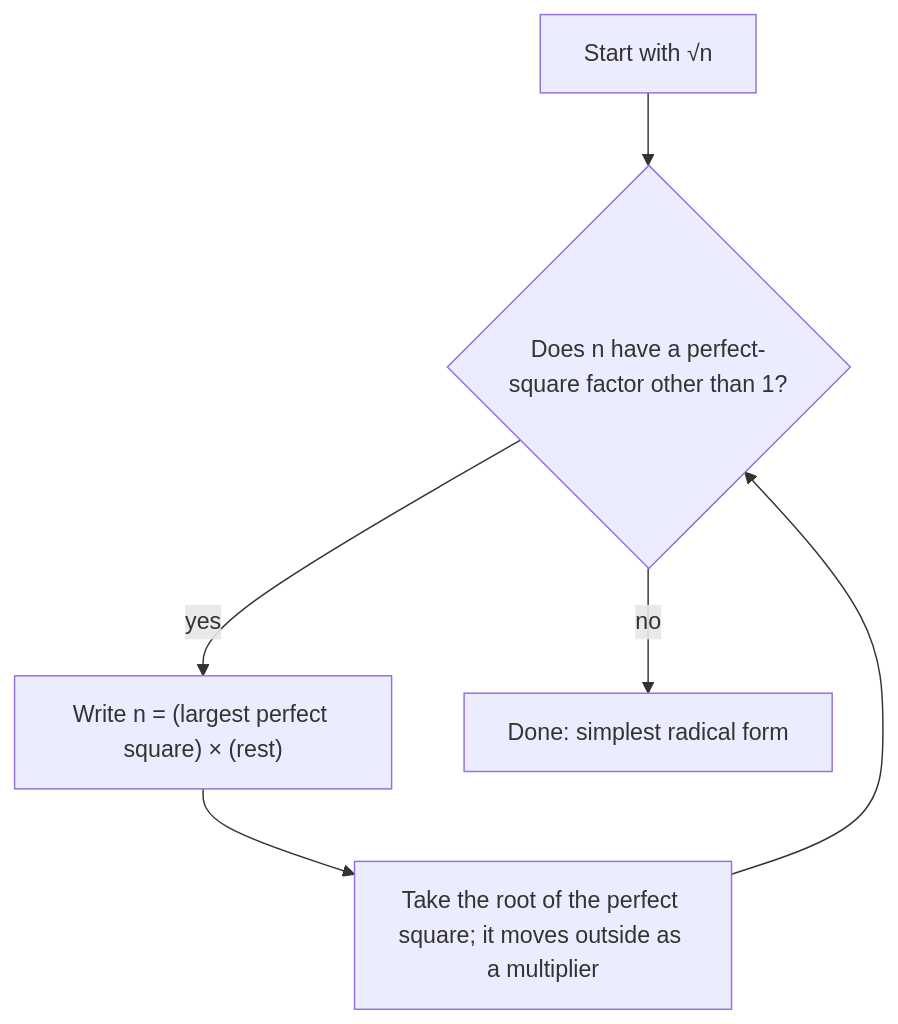
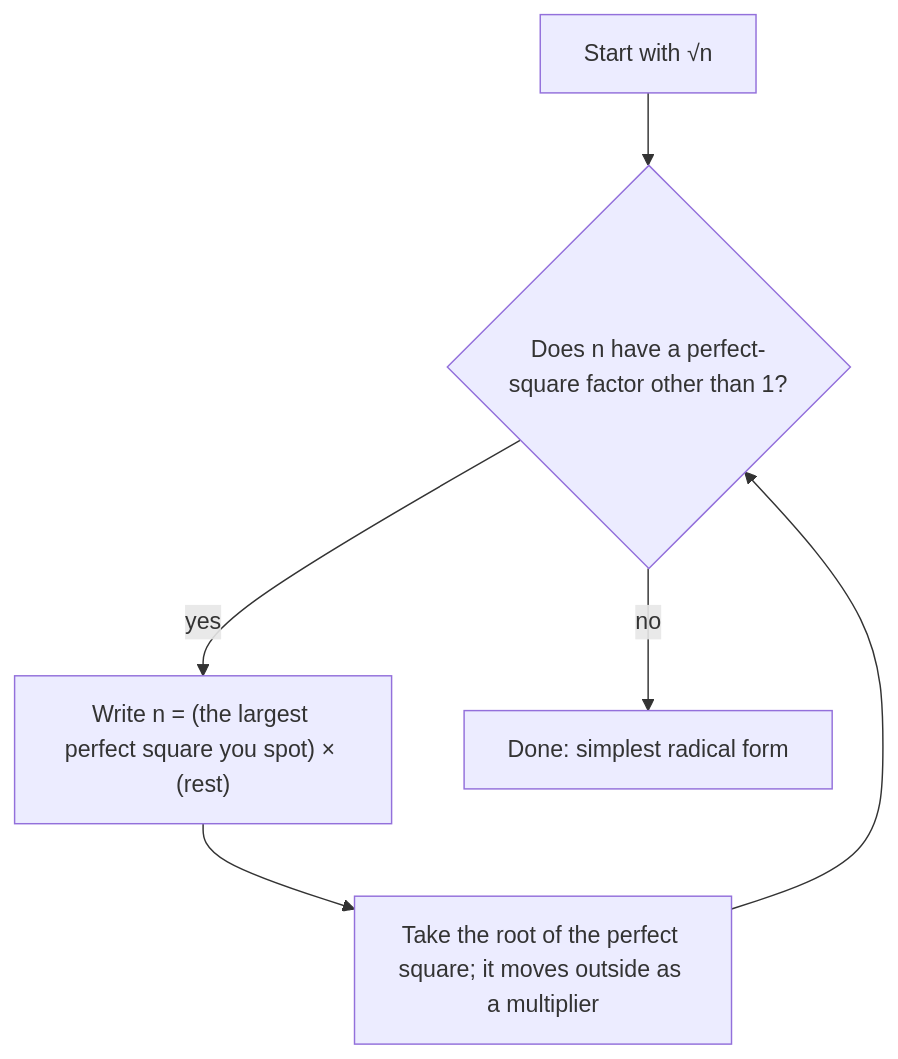
One commit to Aziliz/erudior changed the diagram in content/math/algebra1/lessons/28-square-roots.md. Above: the diagram before and after it, drawn with Mermaid. The commit also changed 9 other files, not shown here.

````diff
--- a/content/math/algebra1/lessons/28-square-roots.md
+++ b/content/math/algebra1/lessons/28-square-roots.md
@@ -65,10 +65,10 @@
 ```mermaid
 flowchart TD
   accTitle: How to simplify a square root
-  accDescr: Start with the square root of n. Ask whether n has a perfect-square factor other than 1. If yes, write n as the largest perfect square factor times what is left, take the square root of the perfect square and move it outside as a multiplier, then ask the question again about what is left under the root. If no, the root is in simplest radical form.
+  accDescr: Start with the square root of n. Ask whether n has a perfect-square factor other than 1. If yes, write n as the largest perfect square factor you can spot times what is left, take the square root of the perfect square and move it outside as a multiplier, then ask the question again about what is left under the root. If no, the root is in simplest radical form.
   A["Start with √n"] --> B{"Does n have a perfect-square factor other than 1?"}
-  B -- "yes" --> C["Write n = (largest perfect square) × (rest)"]
+  B -- "yes" --> C["Write n = (the largest perfect square you spot) × (rest)"]
   C --> D["Take the root of the perfect square; it moves outside as a multiplier"]
   D --> B
   B -- "no" --> E["Done: simplest radical form"]
 ```
````
